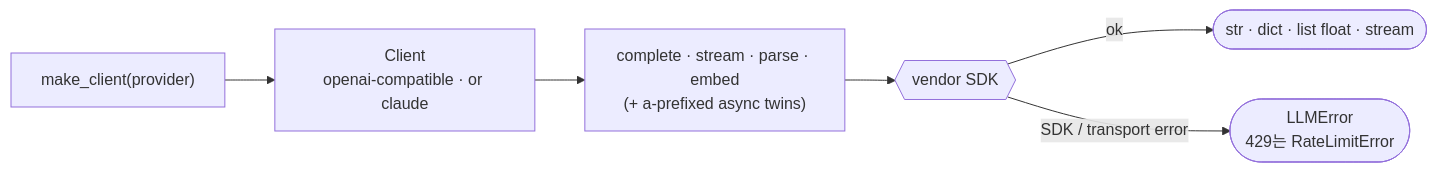
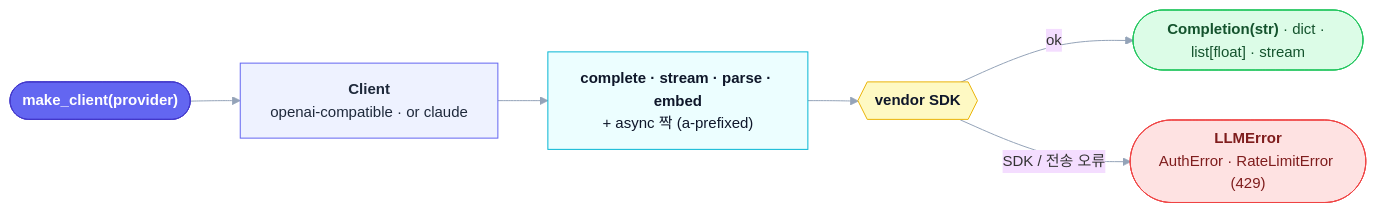
The diagram in README.ko.md (seokhoonj/thinchat), drawn with Mermaid before and after one commit. The commit also changed other lines of this file and 1 other file, not shown here.

First line of the commit message:
Rewrite the README to lead with the differentiated value, and restyle the diagram

````diff
--- a/README.ko.md
+++ b/README.ko.md
@@ -208,8 +227,19 @@
 ```mermaid
+%%{init: {'theme':'base','themeVariables':{'fontSize':'15px','fontFamily':'ui-sans-serif, system-ui, sans-serif','lineColor':'#94a3b8'}}}%%
 flowchart LR
-  M["make_client(provider)"] --> C["Client<br/>openai-compatible · or claude"]
-  C --> V["complete · stream · parse · embed<br/>(+ a-prefixed async twins)"]
-  V --> S{{"vendor SDK"}}
-  S -->|ok| O(["str · dict · list float · stream"])
-  S -->|"SDK / transport error"| E(["LLMError<br/>429는 RateLimitError"])
+  M(["<b>make_client(provider)</b>"]):::entry
+  C["<b>Client</b><br/>openai-compatible · or claude"]:::client
+  V["<b>complete · stream · parse · embed</b><br/>+ async 짝 (a-prefixed)"]:::verb
+  S{{"<b>vendor SDK</b>"}}:::sdk
+  O(["<b>Completion(str)</b> · dict · list[float] · stream"]):::ok
+  E(["<b>LLMError</b><br/>AuthError · RateLimitError (429)"]):::err
+  M --> C --> V --> S
+  S -->|ok| O
+  S -->|"SDK / 전송 오류"| E
+  classDef entry  fill:#6366f1,color:#ffffff,stroke:#4338ca,stroke-width:1px;
+  classDef client fill:#eef2ff,color:#1e293b,stroke:#6366f1,stroke-width:1px;
+  classDef verb   fill:#ecfeff,color:#0f172a,stroke:#06b6d4,stroke-width:1px;
+  classDef sdk    fill:#fef9c3,color:#0f172a,stroke:#eab308,stroke-width:1px;
+  classDef ok     fill:#dcfce7,color:#14532d,stroke:#22c55e,stroke-width:1px;
+  classDef err    fill:#fee2e2,color:#7f1d1d,stroke:#ef4444,stroke-width:1px;
 ```
````
